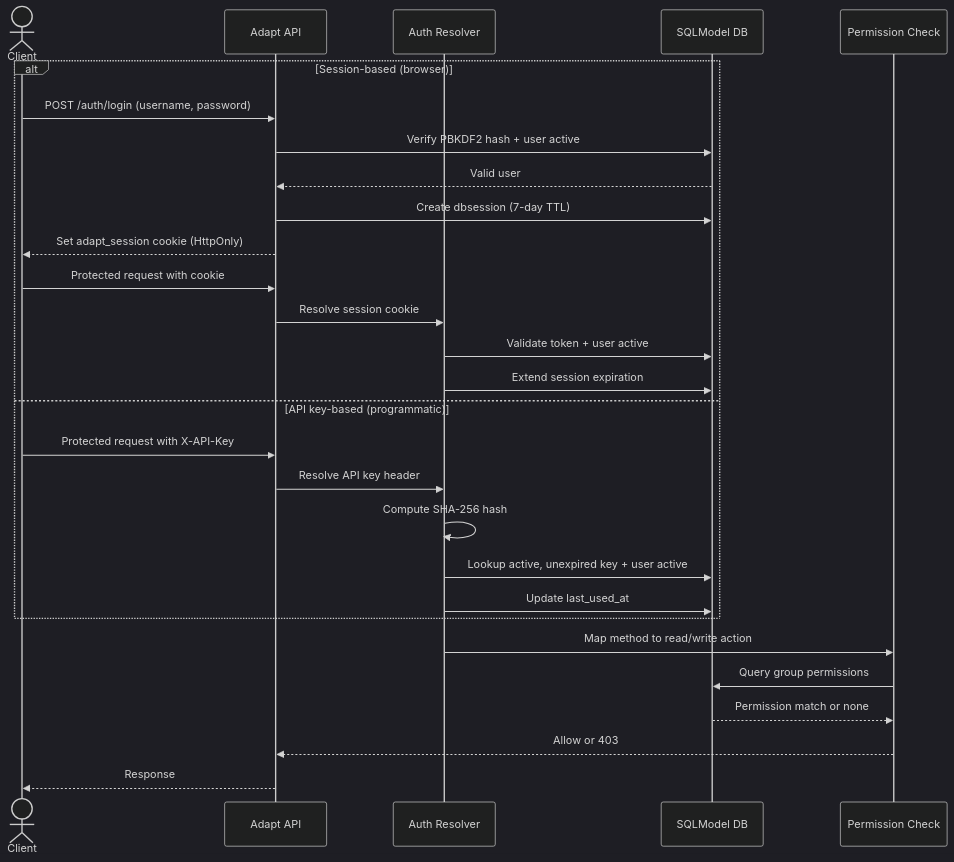
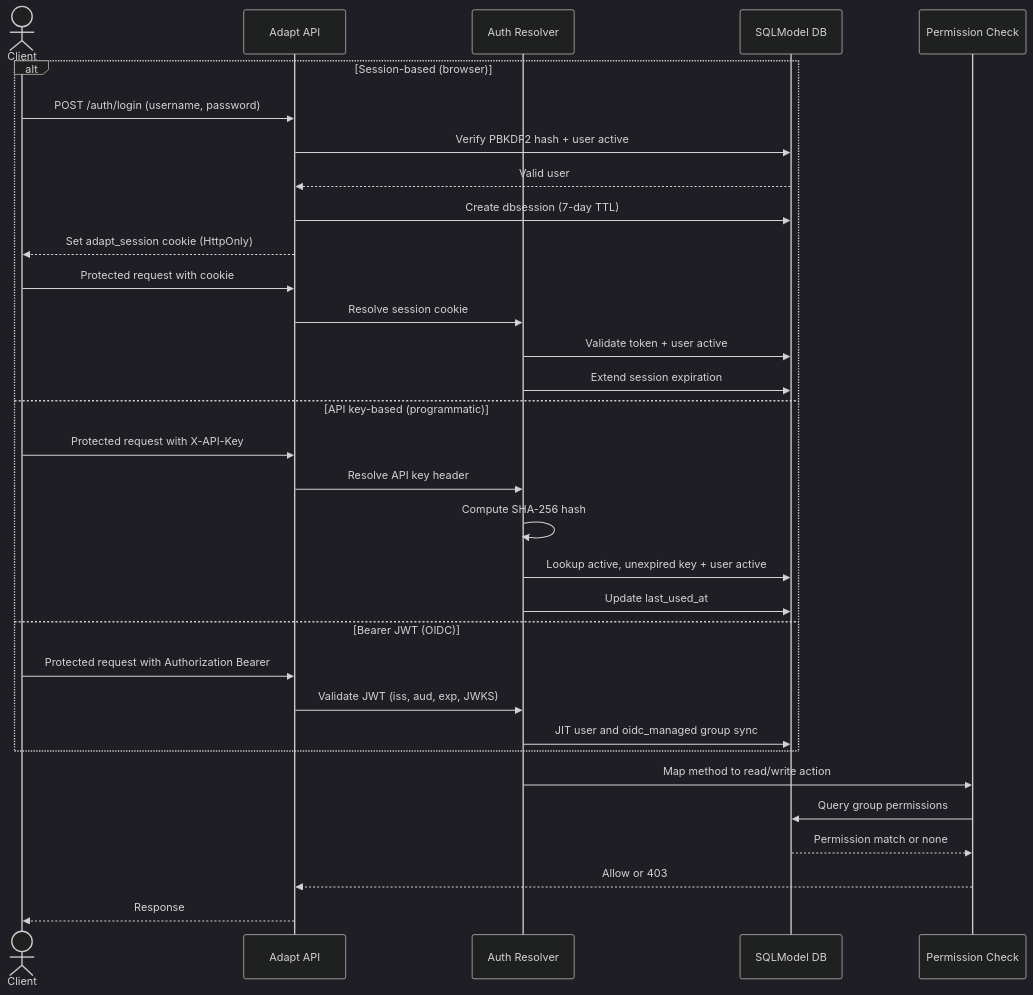
The diagram in docs/spec/02_auth_security.md (McIndi/adapt), drawn with Mermaid (dark theme) before and after one commit. The commit also changed other lines of this file and 37 other files, not shown here.

````diff
--- a/docs/spec/02_auth_security.md
+++ b/docs/spec/02_auth_security.md
@@ -53,32 +53,36 @@
 ```mermaid
 sequenceDiagram
   actor Client
   participant Adapt as Adapt API
   participant Auth as Auth Resolver
   participant DB as SQLModel DB
   participant Perm as Permission Check
 
   alt Session-based (browser)
     Client->>Adapt: POST /auth/login (username, password)
     Adapt->>DB: Verify PBKDF2 hash + user active
     DB-->>Adapt: Valid user
     Adapt->>DB: Create dbsession (7-day TTL)
     Adapt-->>Client: Set adapt_session cookie (HttpOnly)
     Client->>Adapt: Protected request with cookie
     Adapt->>Auth: Resolve session cookie
     Auth->>DB: Validate token + user active
     Auth->>DB: Extend session expiration
   else API key-based (programmatic)
     Client->>Adapt: Protected request with X-API-Key
     Adapt->>Auth: Resolve API key header
     Auth->>Auth: Compute SHA-256 hash
     Auth->>DB: Lookup active, unexpired key + user active
     Auth->>DB: Update last_used_at
+  else Bearer JWT (OIDC)
+    Client->>Adapt: Protected request with Authorization Bearer
+    Adapt->>Auth: Validate JWT (iss, aud, exp, JWKS)
+    Auth->>DB: JIT user and oidc_managed group sync
   end
 
   Auth->>Perm: Map method to read/write action
   Perm->>DB: Query group permissions
   DB-->>Perm: Permission match or none
   Perm-->>Adapt: Allow or 403
   Adapt-->>Client: Response
 ```
````
